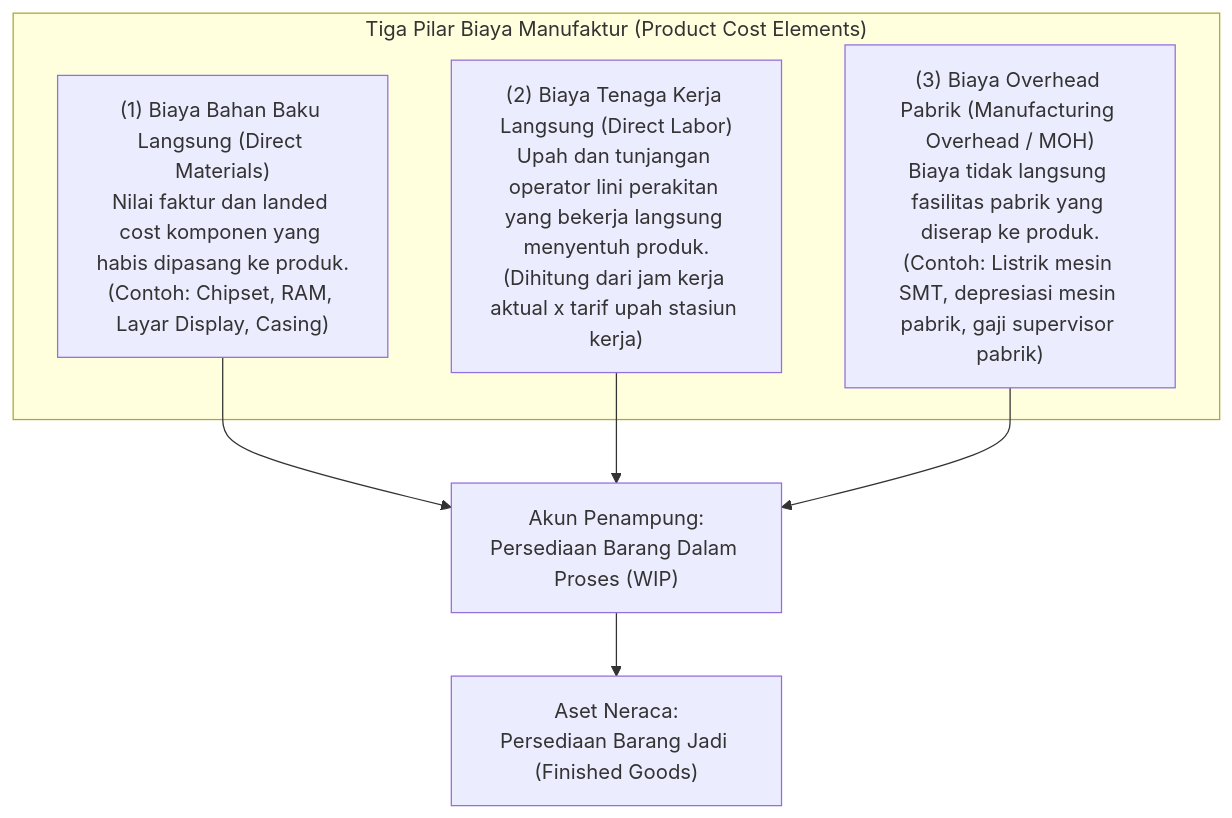
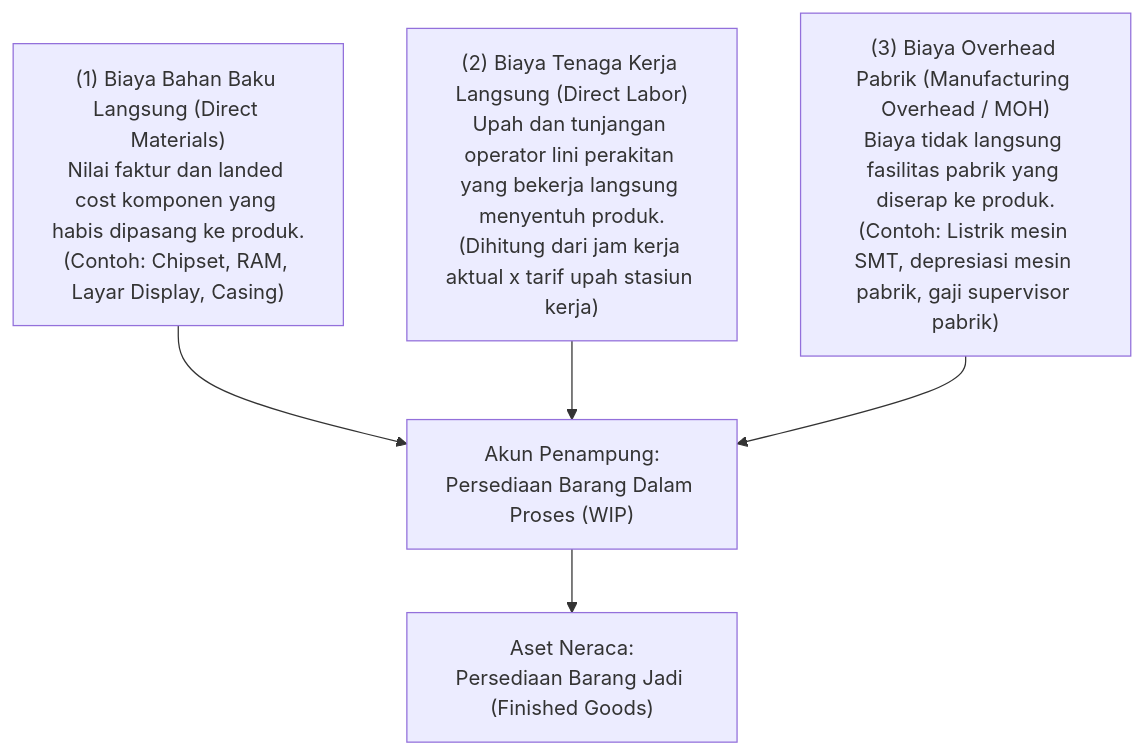
One commit to alimurrofid/erp-notes changed the first of 2 diagrams in content/06-manufacturing/production-costing-and-wip.md. Above: the diagram before and after it, drawn with Mermaid. The commit also changed 58 other files, not shown here.

Commit message:
fix(content):Mermaid Subgraph

````diff
--- a/content/06-manufacturing/production-costing-and-wip.md
+++ b/content/06-manufacturing/production-costing-and-wip.md
@@ -29,14 +29,12 @@
 ```mermaid
 flowchart TD
-    subgraph CostElements["Tiga Pilar Biaya Manufaktur (Product Cost Elements)"]
         DM["(1) Biaya Bahan Baku Langsung (Direct Materials)<br/>Nilai faktur dan landed cost komponen yang habis dipasang ke produk.<br/>(Contoh: Chipset, RAM, Layar Display, Casing)"]
         DL["(2) Biaya Tenaga Kerja Langsung (Direct Labor)<br/>Upah dan tunjangan operator lini perakitan yang bekerja langsung menyentuh produk.<br/>(Dihitung dari jam kerja aktual x tarif upah stasiun kerja)"]
         MOH["(3) Biaya Overhead Pabrik (Manufacturing Overhead / MOH)<br/>Biaya tidak langsung fasilitas pabrik yang diserap ke produk.<br/>(Contoh: Listrik mesin SMT, depresiasi mesin pabrik, gaji supervisor pabrik)"]
-    end
     
     DM --> WIP["Akun Penampung:<br/>Persediaan Barang Dalam Proses (WIP)"]
     DL --> WIP
     MOH --> WIP
     
     WIP --> FG["Aset Neraca:<br/>Persediaan Barang Jadi (Finished Goods)"]
 ```
````
